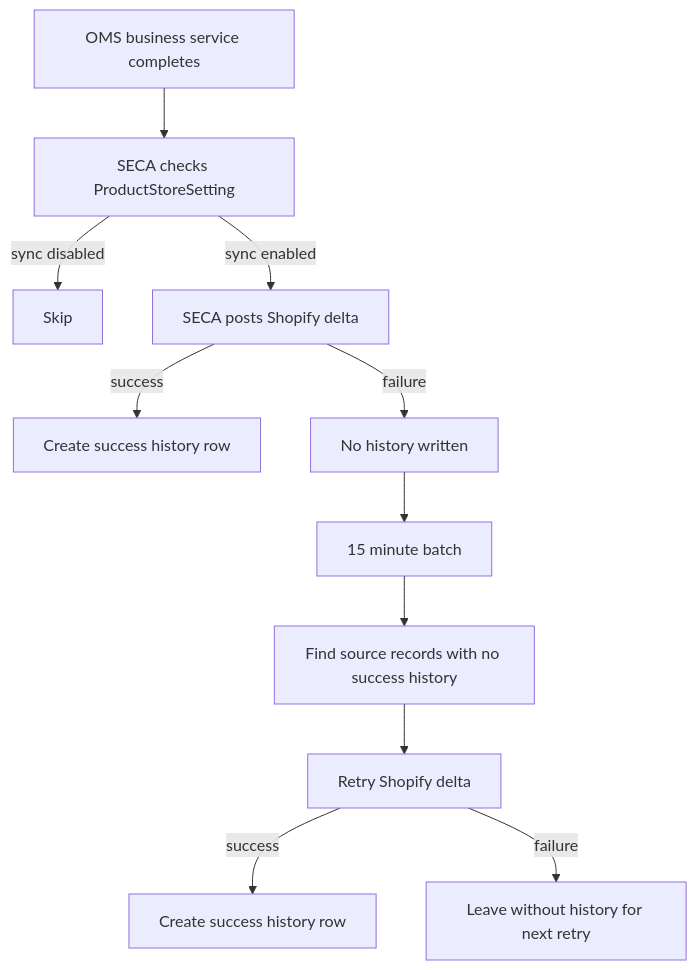
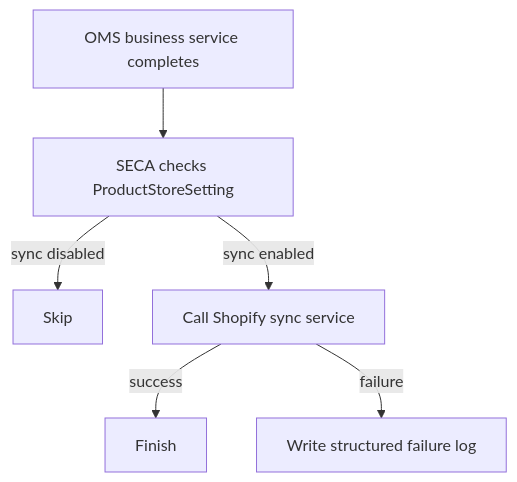
Before and after one commit to saastechacademy/foundation: the first of 2 diagrams in project-ideas/shopify-integration/shopify-event-based-inventory-sync-triggers.md, drawn with Mermaid. The commit also changed other lines of this file and 1 other file, not shown here.

Commit message:
Simplify Shopify inventory sync implementation docs

````diff
--- a/project-ideas/shopify-integration/shopify-event-based-inventory-sync-triggers.md
+++ b/project-ideas/shopify-integration/shopify-event-based-inventory-sync-triggers.md
@@ -89,13 +40,8 @@
 ```mermaid
 flowchart TD
     A[OMS business service completes] --> B[SECA checks ProductStoreSetting]
     B -->|sync disabled| C[Skip]
-    B -->|sync enabled| D[SECA posts Shopify delta]
-    D -->|success| E[Create success history row]
-    D -->|failure| F[No history written]
-    F --> G[15 minute batch]
-    G --> H[Find source records with no success history]
-    H --> I[Retry Shopify delta]
-    I -->|success| J[Create success history row]
-    I -->|failure| K[Leave without history for next retry]
+    B -->|sync enabled| D[Call Shopify sync service]
+    D -->|success| E[Finish]
+    D -->|failure| F[Write structured failure log]
 ```
````
